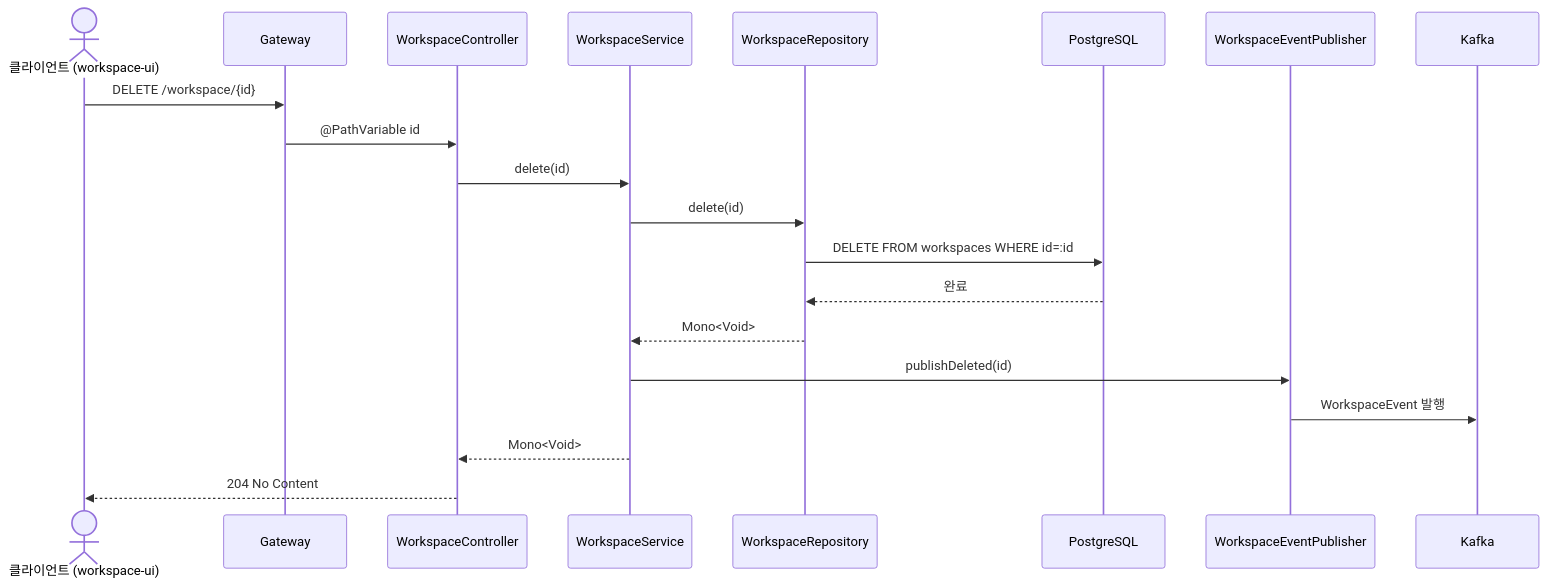
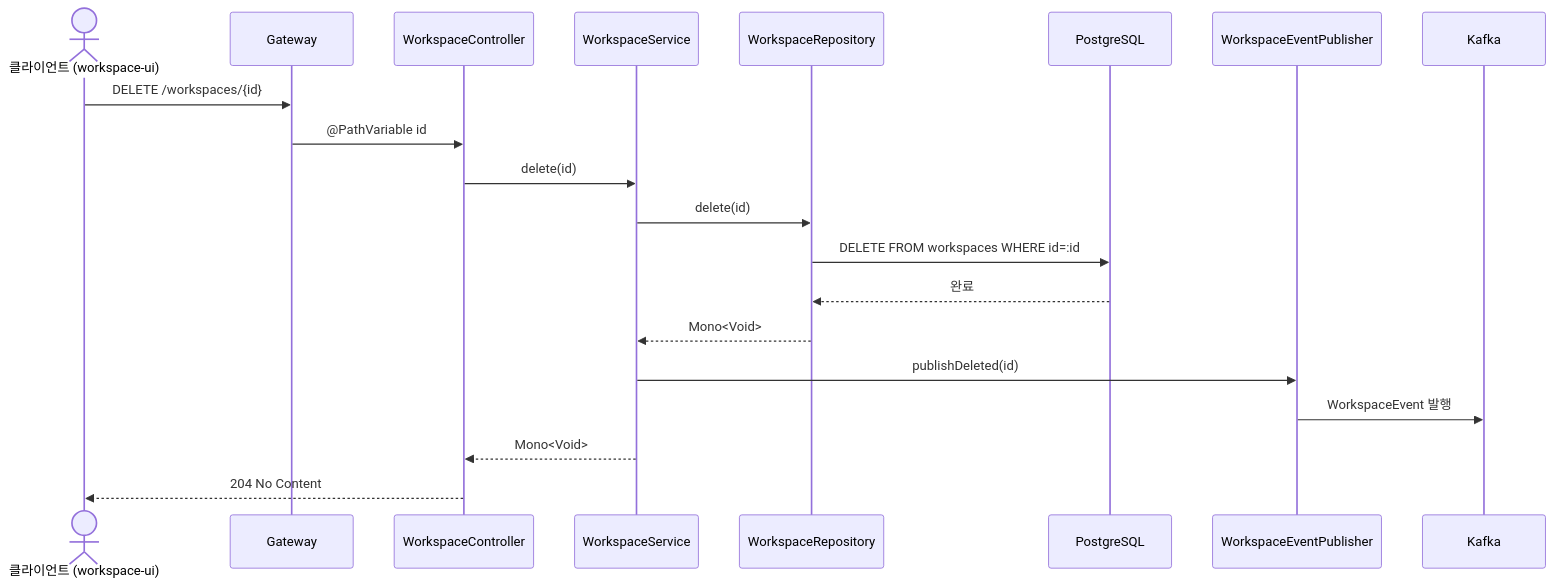
Before and after one commit to sayaya1090/handbook: the second of 5 diagrams in workspace-command/USECASE.md, drawn with Mermaid. The commit also changed other lines of this file and 58 other files, not shown here.

````diff
--- a/workspace-command/USECASE.md
+++ b/workspace-command/USECASE.md
@@ -39,23 +39,23 @@
 ```mermaid
 sequenceDiagram
     actor Client as 클라이언트 (workspace-ui)
     participant GW as Gateway
     participant Ctrl as WorkspaceController
     participant Svc as WorkspaceService
     participant WRepo as WorkspaceRepository
     participant DB as PostgreSQL
     participant Pub as WorkspaceEventPublisher
     participant Kafka as Kafka
 
-    Client->>GW: DELETE /workspace/{id}
+    Client->>GW: DELETE /workspaces/{id}
     GW->>Ctrl: @PathVariable id
     Ctrl->>Svc: delete(id)
     Svc->>WRepo: delete(id)
     WRepo->>DB: DELETE FROM workspaces WHERE id=:id
     DB-->>WRepo: 완료
     WRepo-->>Svc: Mono<Void>
     Svc->>Pub: publishDeleted(id)
     Pub->>Kafka: WorkspaceEvent 발행
     Svc-->>Ctrl: Mono<Void>
     Ctrl-->>Client: 204 No Content
 ```
````
